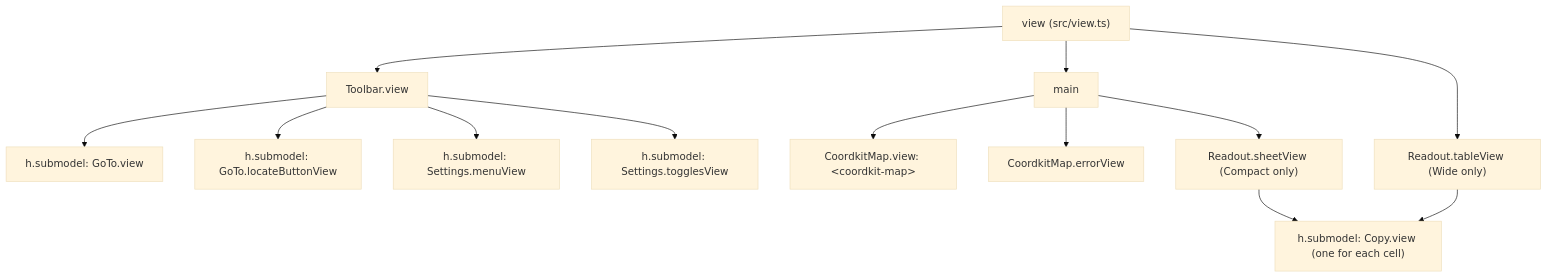
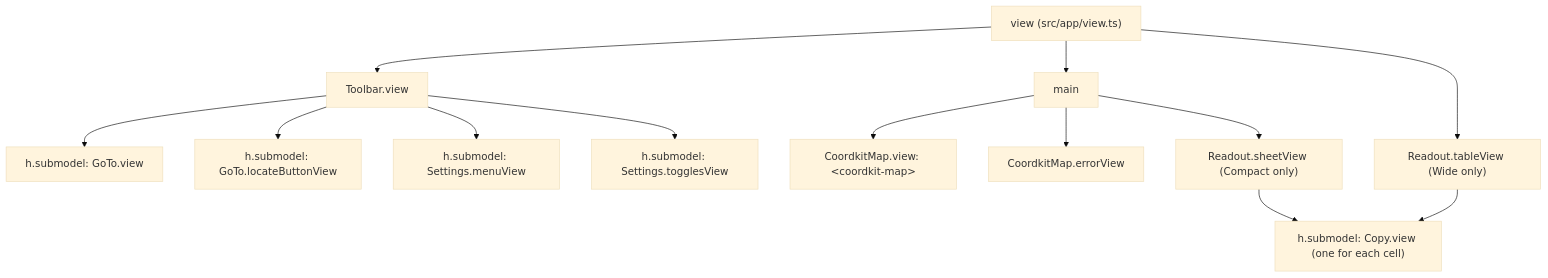
Before and after one commit to eknowles/coordkit: the fifth of 11 diagrams in docs/foldkit-architecture.md, drawn with Mermaid (base theme). The commit also changed other lines of this file and 179 other files, not shown here.

````diff
--- a/docs/foldkit-architecture.md
+++ b/docs/foldkit-architecture.md
@@ -237,29 +283,29 @@
 ```mermaid
 flowchart TB
-    root["view (src/view.ts)"]
+    root["view (src/app/view.ts)"]
     toolbar["Toolbar.view"]
     main["main"]
     map["CoordkitMap.view: &lt;coordkit-map&gt;"]
     error["CoordkitMap.errorView"]
     sheet["Readout.sheetView (Compact only)"]
     table["Readout.tableView (Wide only)"]
 
     goto["h.submodel: GoTo.view"]
     locate["h.submodel: GoTo.locateButtonView"]
     menu["h.submodel: Settings.menuView"]
     toggles["h.submodel: Settings.togglesView"]
     cells["h.submodel: Copy.view (one for each cell)"]
 
     root --> toolbar
     root --> main
     root --> table
     main --> map
     main --> error
     main --> sheet
     toolbar --> goto
     toolbar --> locate
     toolbar --> menu
     toolbar --> toggles
     table --> cells
     sheet --> cells
 ```
````
